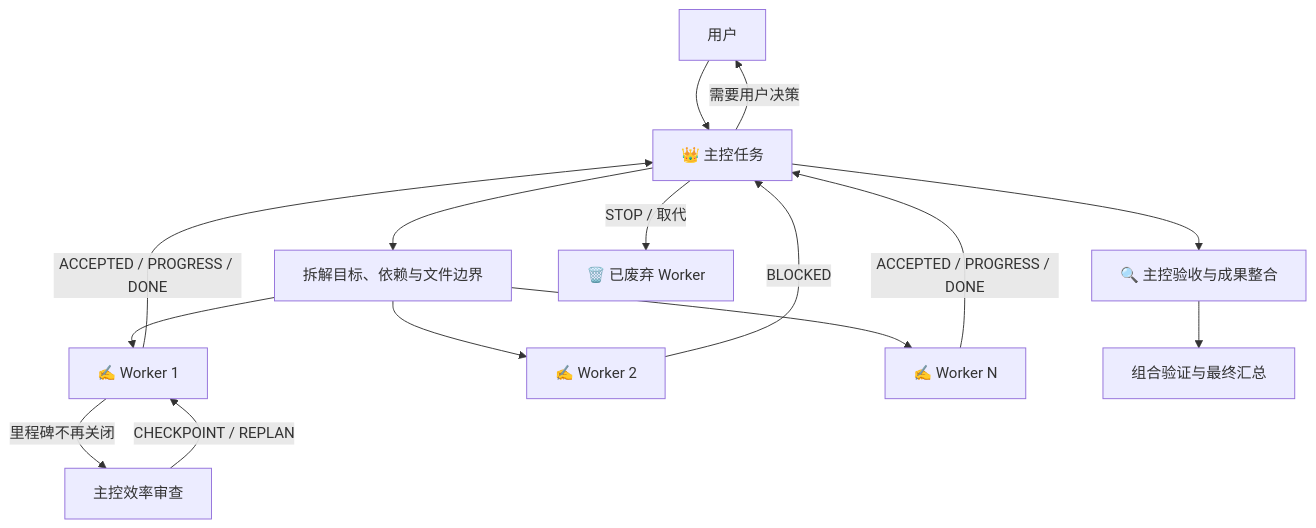
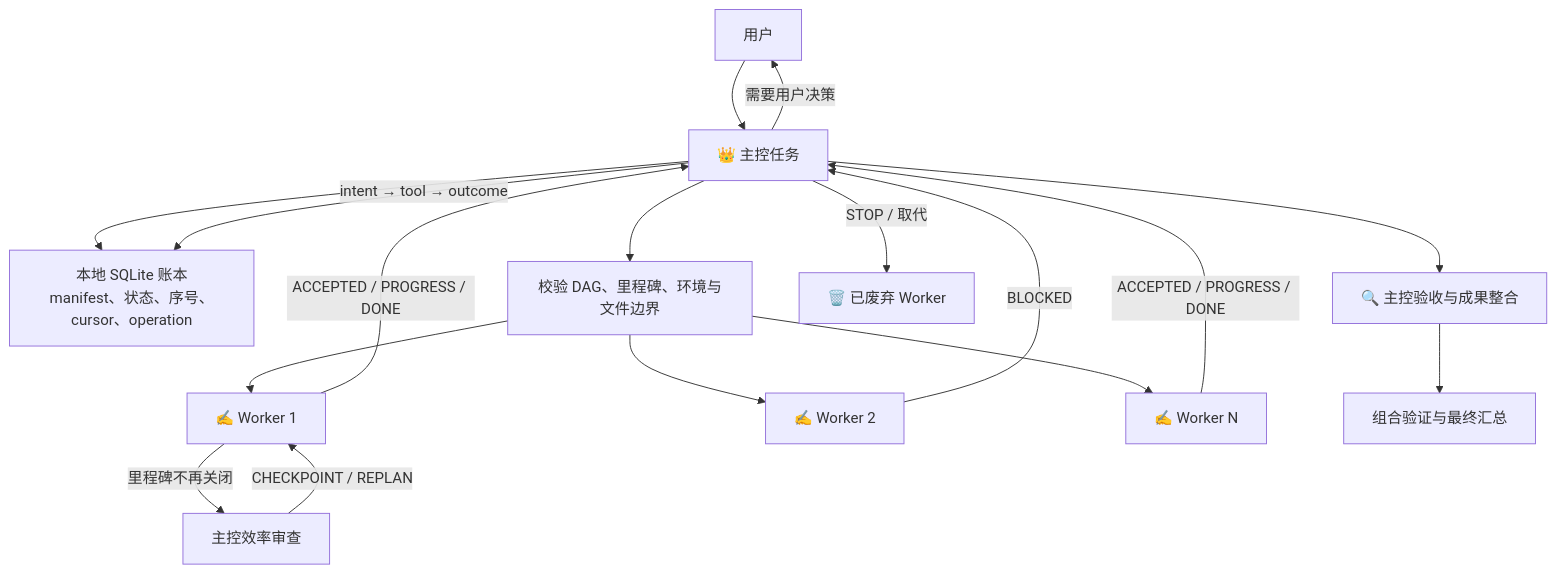
One commit to BillSJC/orchestrate-codex-tasks changed the diagram in README.zh-CN.md. Above: the diagram before and after it, drawn with Mermaid. The commit also changed other lines of this file and 16 other files, not shown here.

````diff
--- a/README.zh-CN.md
+++ b/README.zh-CN.md
@@ -178,17 +184,19 @@
 ```mermaid
 flowchart TD
     U["用户"] --> C["👑 主控任务"]
-    C --> P["拆解目标、依赖与文件边界"]
+    C --> L["本地 SQLite 账本<br/>manifest、状态、序号、cursor、operation"]
+    C --> P["校验 DAG、里程碑、环境与文件边界"]
     P --> W1["✍️ Worker 1"]
     P --> W2["✍️ Worker 2"]
     P --> W3["✍️ Worker N"]
     W1 -->|"ACCEPTED / PROGRESS / DONE"| C
     W2 -->|"BLOCKED"| C
     W3 -->|"ACCEPTED / PROGRESS / DONE"| C
+    C -->|"intent → tool → outcome"| L
     W1 -->|"里程碑不再关闭"| H["主控效率审查"]
     H -->|"CHECKPOINT / REPLAN"| W1
     C -->|"需要用户决策"| U
     C --> V["🔍 主控验收与成果整合"]
     C -->|"STOP / 取代"| X["🗑️ 已废弃 Worker"]
     V --> R["组合验证与最终汇总"]
 ```
````
